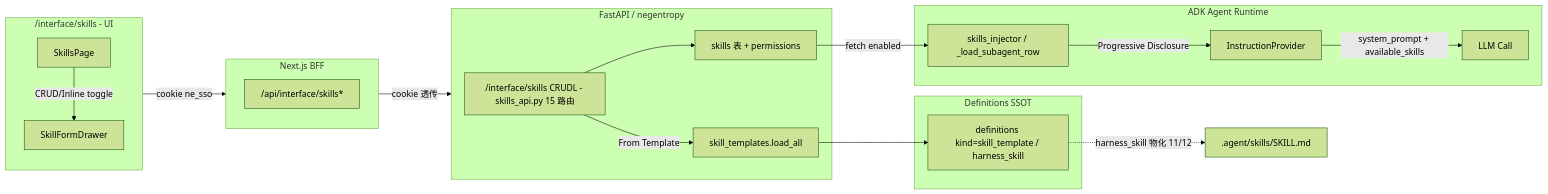
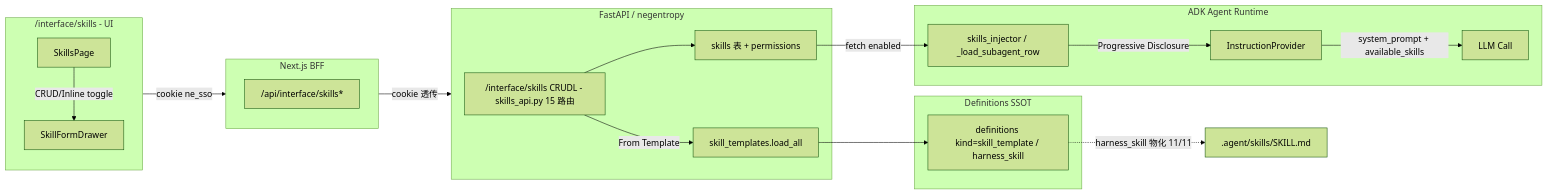
The diagram in docs/assets/mermaid/design/skills--management-ui.mmd (ThreeFish-AI/negentropy), drawn with Mermaid (forest theme) before and after one commit. The commit also changed 193 other files, not shown here.

```diff
--- a/docs/assets/mermaid/design/skills--management-ui.mmd
+++ b/docs/assets/mermaid/design/skills--management-ui.mmd
@@ -1,42 +1,43 @@
 %%source: docs/concepts/design/skills.md#block0 (L50-L80, §3 Negentropy 实现边界)
 %%slug: design/skills--management-ui
 %%type: workflow
 %%derived: archify workflow v2, byte-extract of source mermaid
 %% fix: (1) SkillFormDialog → SkillFormDrawer——实际组件文件 apps/negentropy-ui/app/interface/skills/_components/SkillFormDrawer.tsx，仓库无 SkillFormDialog
 %% fix: (2) C1 锚点 interface/api.py → interface/skills_api.py（2026-09 六域拆分）；"BFF -->|Authorization 透传|" 修正为 cookie 透传——app/api/_lib/proxy.ts:188-207 必转发 cookie 头、authorization 仅在已带时透传，后端 auth/deps.py get_current_user 读 ne_sso cookie（config/auth.py:38）
 %% fix: (3) 新增 CRUDL → definitions SSOT 边：GET /skills/templates 与 POST /skills/from-template 经 agents/skill_templates/__init__.py load_all() 查 definitions(kind=skill_template) DB 行（原 *.yaml 文件已删除，Phase 1 Definition Registry SSOT 化）；CRUD 写入仍落 skills 表（models/skill.py）
 %% fix: (4) D-14 如实标注：definitions(kind=harness_skill) 经 0098 迁移 seed 11 条，.agent/skills/ 盘上 12 个 SKILL.md，science-video-pipeline 未入 DB（harness_materializer 物化 fail-soft）
+%% fix: 2026-09-21 science-video-pipeline 随流水线机制外置为 to-video 技能删除，.agent/skills 盘上 SKILL.md 12→11，物化口径 11/11 全入库（HTML/PNG 重生成走 archify 管线，登记为 ISSUE-193 跟进项）
 flowchart LR
   subgraph UI["/interface/skills - UI"]
     A1[SkillsPage] -->|CRUD/Inline toggle| A2[SkillFormDrawer]
   end
 
   subgraph BFF[Next.js BFF]
     B1["/api/interface/skills*"]
   end
 
   subgraph Backend[FastAPI / negentropy]
     C1["/interface/skills CRUDL - skills_api.py 15 路由"]
     C2["skills 表 + permissions"]
     C3["skill_templates.load_all"]
   end
 
   subgraph Defs[Definitions SSOT]
     E1["definitions kind=skill_template / harness_skill"]
   end
 
   subgraph Runtime[ADK Agent Runtime]
     D1[skills_injector / _load_subagent_row]
     D2[InstructionProvider]
     D3[LLM Call]
   end
 
   UI -->|cookie ne_sso| BFF
   BFF -->|cookie 透传| Backend
   C1 --> C2
   C1 -->|From Template| C3
   C3 --> E1
-  E1 -.->|harness_skill 物化 11/12| E2[".agent/skills/SKILL.md"]
+  E1 -.->|harness_skill 物化 11/11| E2[".agent/skills/SKILL.md"]
   C2 -->|fetch enabled| D1
   D1 -->|Progressive Disclosure| D2
   D2 -->|system_prompt + available_skills| D3
```
